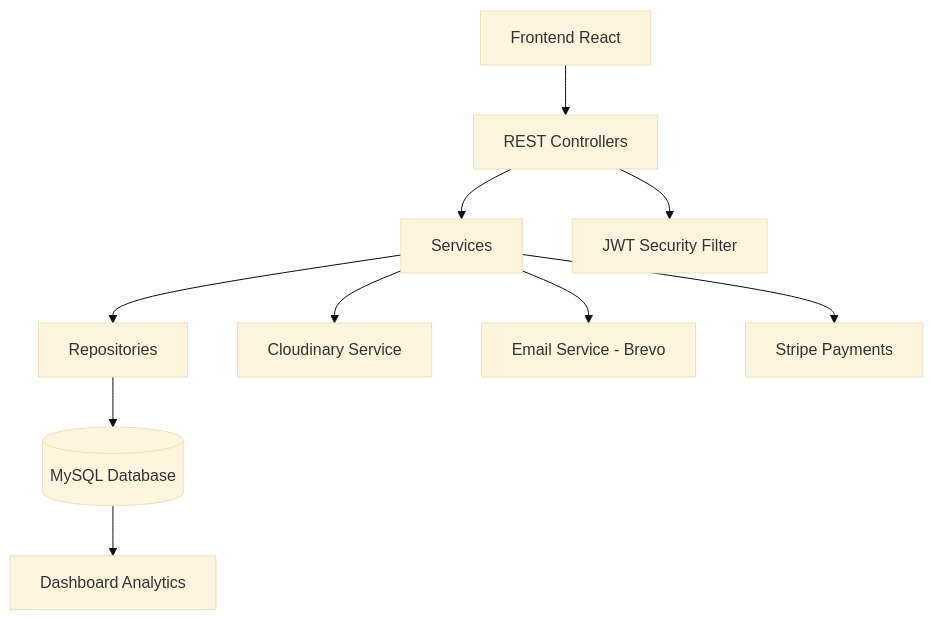
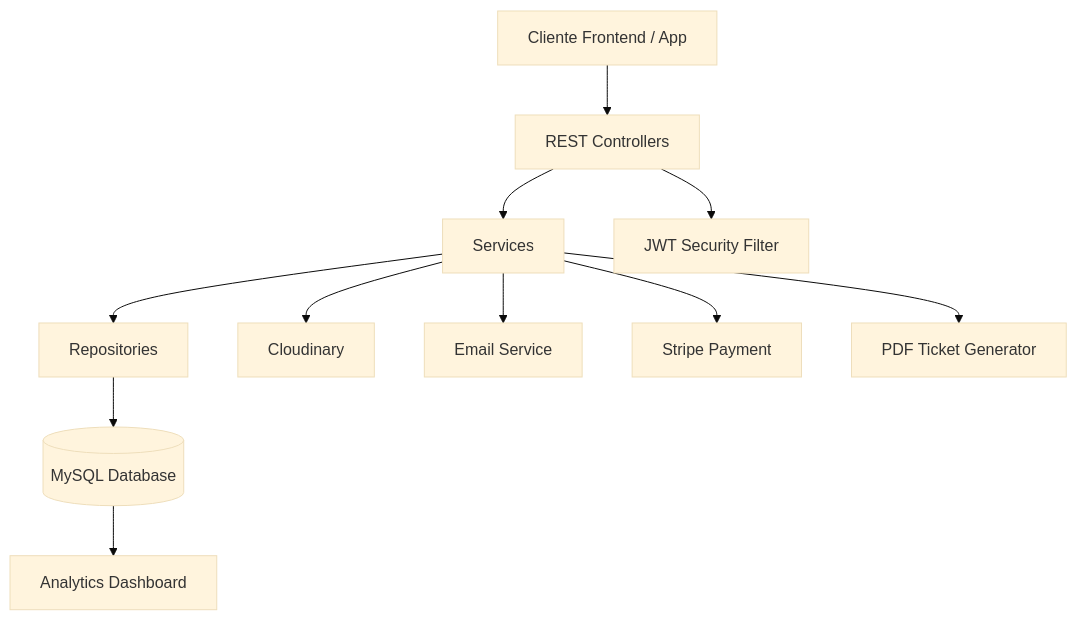
One commit to Projecto-Cine/BackendCine changed the first of 4 diagrams in README.md. Above: the diagram before and after it, drawn with Mermaid (base theme). The commit also changed other lines of this file, not shown here.

Commit message:
docs: rewrite README with full API feature coverage (Stripe, PDF, QR, temp seats, roles, etc.)

````diff
--- a/README.md
+++ b/README.md
@@ -113,15 +122,16 @@
 ```mermaid
 graph TD
 
-A[Frontend React] --> B[REST Controllers]
+A[Cliente Frontend / App] --> B[REST Controllers]
 B --> C[Services]
 C --> D[Repositories]
 D --> E[(MySQL Database)]
 
 B --> F[JWT Security Filter]
-C --> G[Cloudinary Service]
-C --> H[Email Service - Brevo]
-C --> I[Stripe Payments]
+C --> G[Cloudinary]
+C --> H[Email Service]
+C --> I[Stripe Payment]
+C --> J[PDF Ticket Generator]
 
-E --> J[Dashboard Analytics]
+E --> K[Analytics Dashboard]
 ```
````
